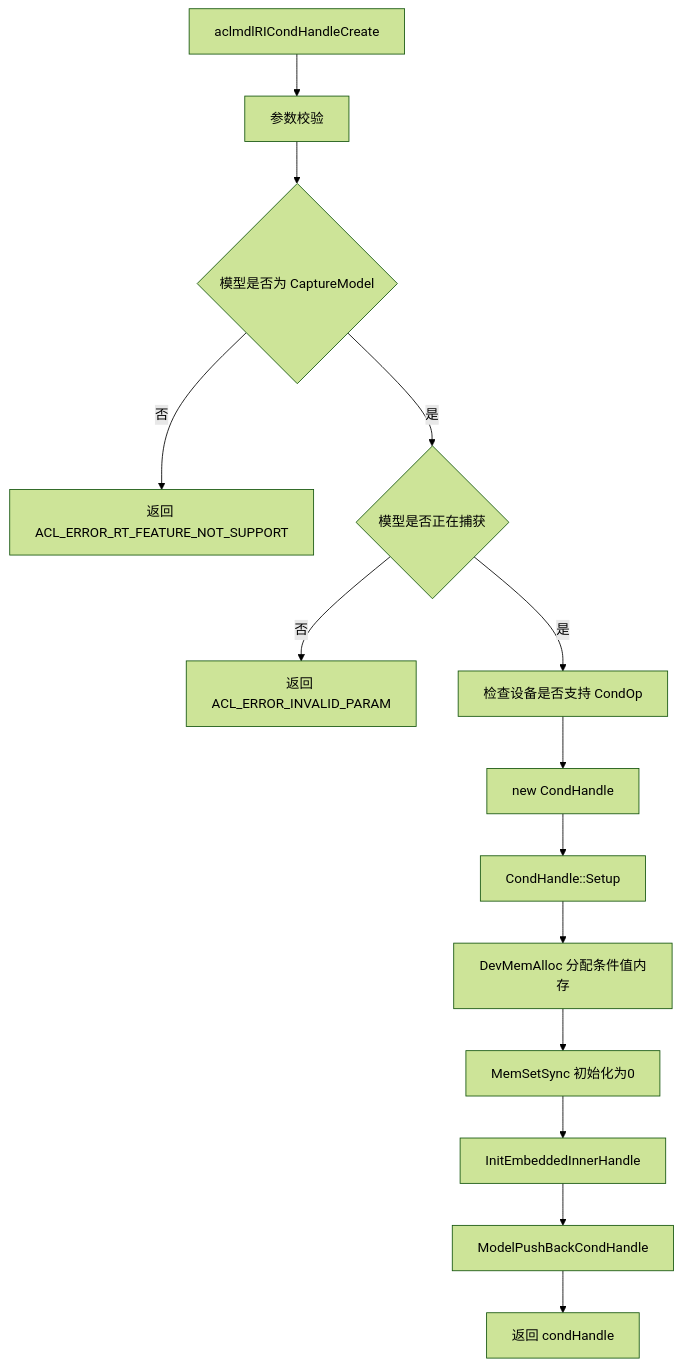
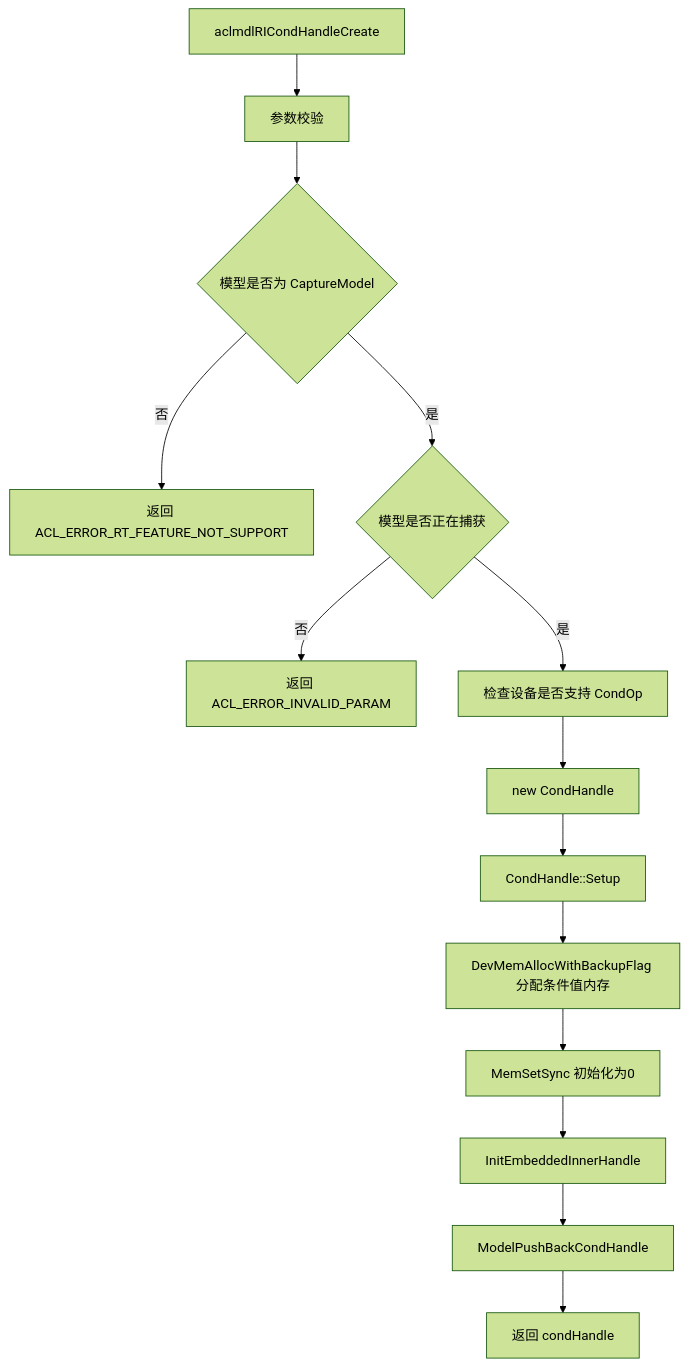
One commit to hicann/runtime changed the sixth of 15 diagrams in docs/zh/design/features/aclgraph.md. Above: the diagram before and after it, drawn with Mermaid (forest theme). The commit also changed other lines of this file and 101 other files, not shown here.

````diff
--- a/docs/zh/design/features/aclgraph.md
+++ b/docs/zh/design/features/aclgraph.md
@@ -495,16 +495,16 @@
 ```mermaid
 flowchart TD
     A[aclmdlRICondHandleCreate] --> B[参数校验]
     B --> C{模型是否为 CaptureModel}
     C -->|否| D[返回 ACL_ERROR_RT_FEATURE_NOT_SUPPORT]
     C -->|是| E{模型是否正在捕获}
     E -->|否| F[返回 ACL_ERROR_INVALID_PARAM]
     E -->|是| G[检查设备是否支持 CondOp]
     G --> H[new CondHandle]
     H --> I[CondHandle::Setup]
-    I --> J[DevMemAlloc 分配条件值内存]
+    I --> J[DevMemAllocWithBackupFlag 分配条件值内存]
     J --> K[MemSetSync 初始化为0]
     K --> L[InitEmbeddedInnerHandle]
     L --> M[ModelPushBackCondHandle]
     M --> N[返回 condHandle]
 ```
````
